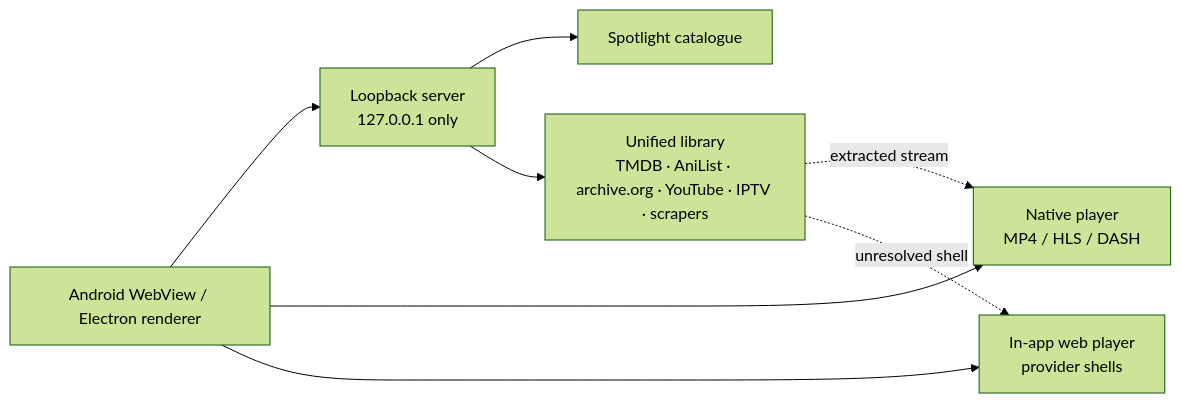
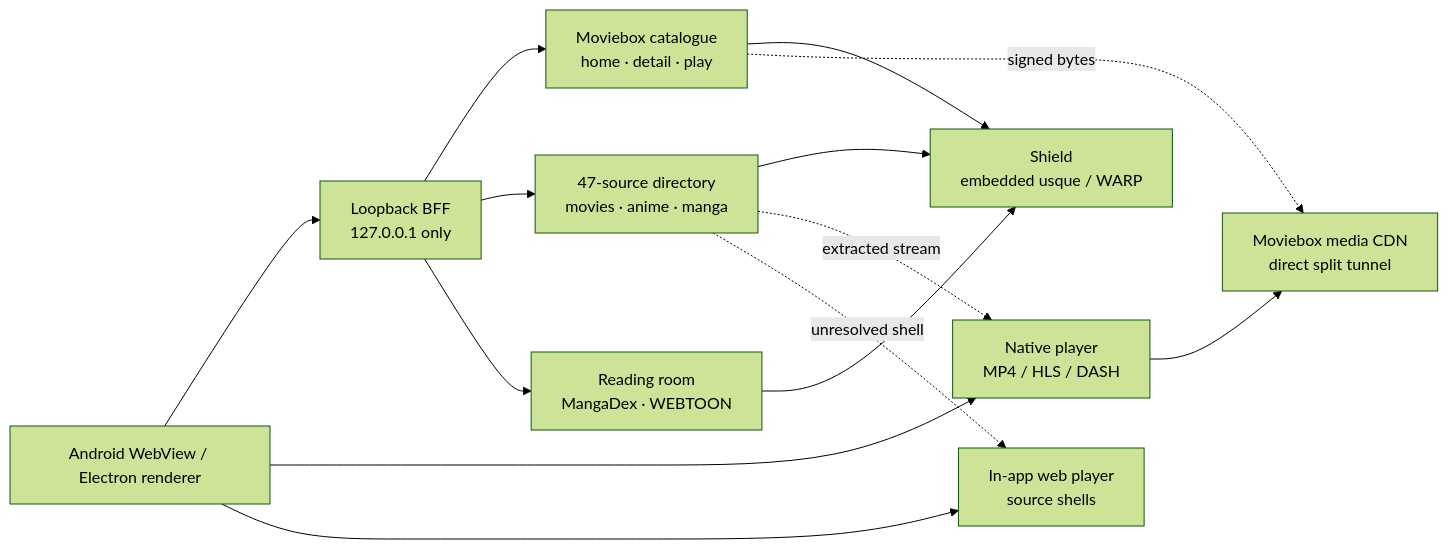
One commit to mohdziauddin2006-cloud/superbox changed the diagram in README.md. Above: the diagram before and after it, drawn with Mermaid (forest theme). The commit also changed other lines of this file and 9 other files, not shown here.

````diff
--- a/README.md
+++ b/README.md
@@ -151,17 +253,26 @@
 ```mermaid
 flowchart LR
     UI["Android WebView / Electron renderer"]
-    LS["Loopback server<br/>127.0.0.1 only"]
-    SPOT["Spotlight catalogue"]
-    LIB["Unified library<br/>TMDB · AniList · archive.org · YouTube · IPTV · scrapers"]
+    LS["Loopback BFF<br/>127.0.0.1 only"]
+    VPN["Shield<br/>embedded usque / WARP"]
+    SPOT["Moviebox catalogue<br/>home · detail · play"]
+    LIB["47-source directory<br/>movies · anime · manga"]
+    READ["Reading room<br/>MangaDex · WEBTOON"]
     PLAYER["Native player<br/>MP4 / HLS / DASH"]
-    WEB["In-app web player<br/>provider shells"]
+    WEB["In-app web player<br/>source shells"]
+    CDN["Moviebox media CDN<br/>direct split tunnel"]
 
     UI --> LS
     LS --> SPOT
     LS --> LIB
+    LS --> READ
+    SPOT --> VPN
+    LIB --> VPN
+    READ --> VPN
     UI --> PLAYER
     UI --> WEB
+    SPOT -. signed bytes .-> CDN
     LIB -. extracted stream .-> PLAYER
     LIB -. unresolved shell .-> WEB
+    PLAYER --> CDN
 ```
````
